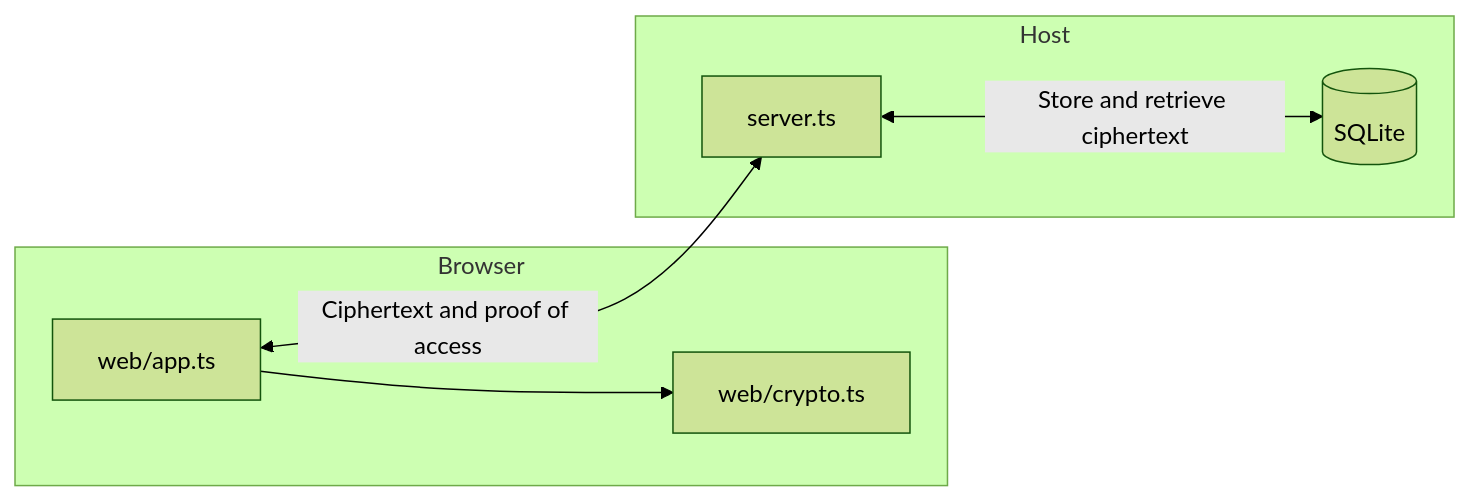
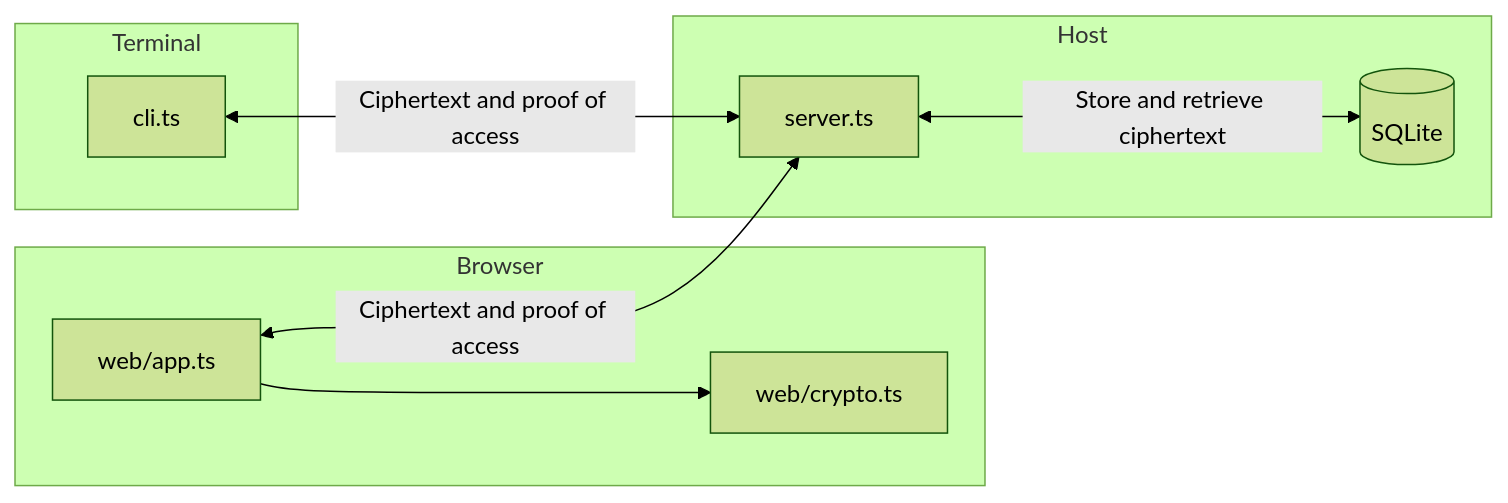
One commit to preacherxp/shh changed the diagram in README.md. Above: the diagram before and after it, drawn with Mermaid (forest theme). The commit also changed other lines of this file and 22 other files, not shown here.

````diff
--- a/README.md
+++ b/README.md
@@ -61,10 +121,14 @@
 ```mermaid
 flowchart LR
   subgraph Browser
     UI["web/app.ts"] --> Crypto["web/crypto.ts"]
   end
+  subgraph Terminal
+    CLI["cli.ts"]
+  end
   subgraph Host
     API["server.ts"] <-->|Store and retrieve ciphertext| DB[(SQLite)]
   end
   UI <-->|Ciphertext and proof of access| API
+  CLI <-->|Ciphertext and proof of access| API
 ```
````
